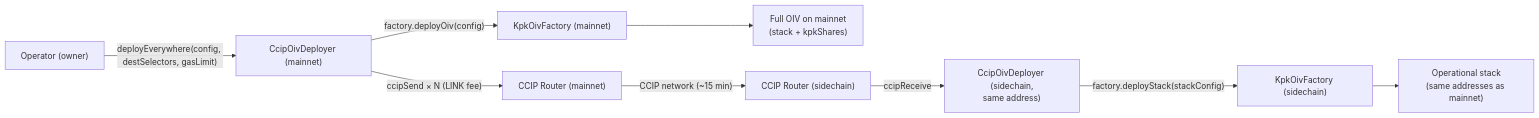
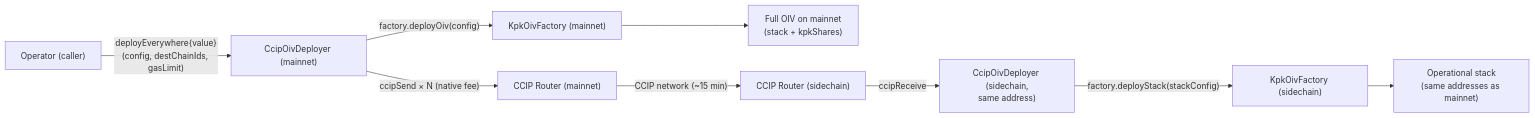
Before and after one commit to karpatkey/onchain-investment-vehicles: the first of 3 diagrams in docs/CCIP_FUND_DEPLOYMENT_FLOW.md, drawn with Mermaid. The commit also changed other lines of this file and 6 other files, not shown here.

````diff
--- a/docs/CCIP_FUND_DEPLOYMENT_FLOW.md
+++ b/docs/CCIP_FUND_DEPLOYMENT_FLOW.md
@@ -15,11 +16,11 @@
 ```mermaid
 flowchart LR
-    Op["Operator (owner)"] -->|"deployEverywhere(config, destSelectors, gasLimit)"| Orc["CcipOivDeployer (mainnet)"]
+    Op["Operator (caller)"] -->|"deployEverywhere{value}(config, destChainIds, gasLimit)"| Orc["CcipOivDeployer (mainnet)"]
     Orc -->|"factory.deployOiv(config)"| F["KpkOivFactory (mainnet)"]
     F --> Fund["Full OIV on mainnet<br/>(stack + kpkShares)"]
-    Orc -->|"ccipSend × N (LINK fee)"| R["CCIP Router (mainnet)"]
+    Orc -->|"ccipSend × N (native fee)"| R["CCIP Router (mainnet)"]
     R -->|"CCIP network (~15 min)"| R2["CCIP Router (sidechain)"]
     R2 -->|"ccipReceive"| Orc2["CcipOivDeployer (sidechain,<br/>same address)"]
     Orc2 -->|"factory.deployStack(stackConfig)"| F2["KpkOivFactory (sidechain)"]
     F2 --> Stack["Operational stack<br/>(same addresses as mainnet)"]
 ```
````
